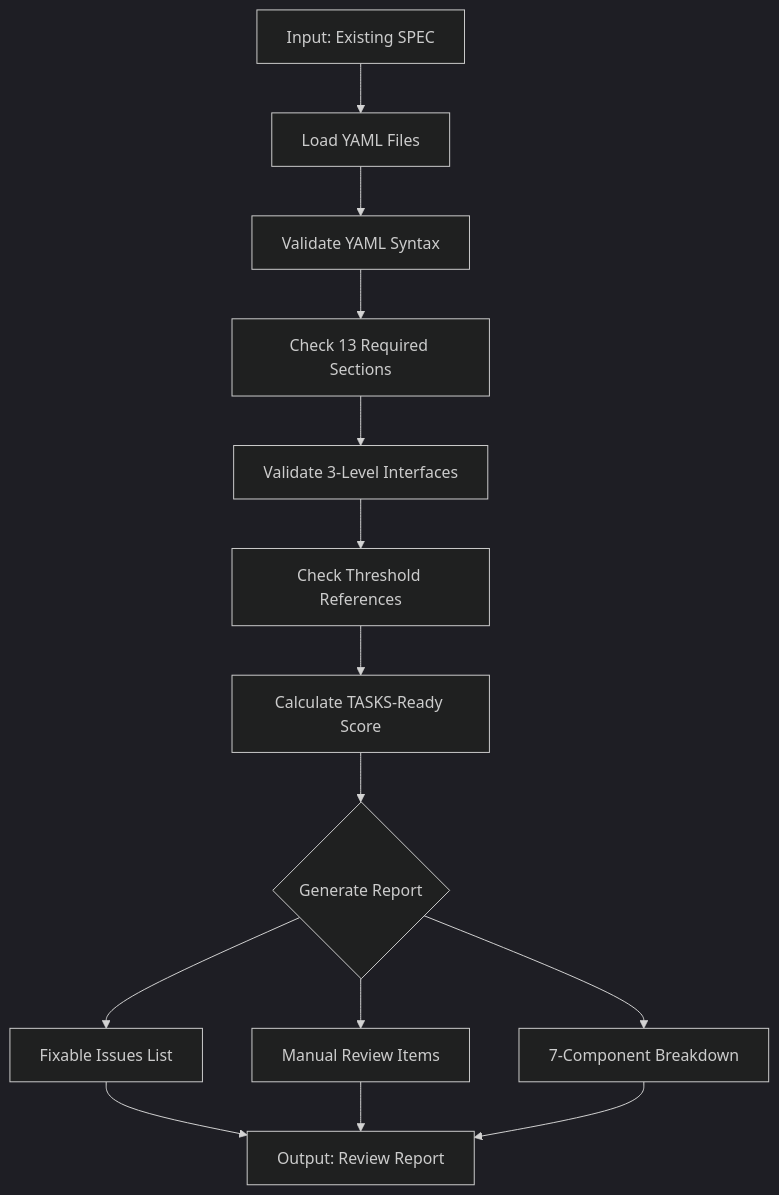
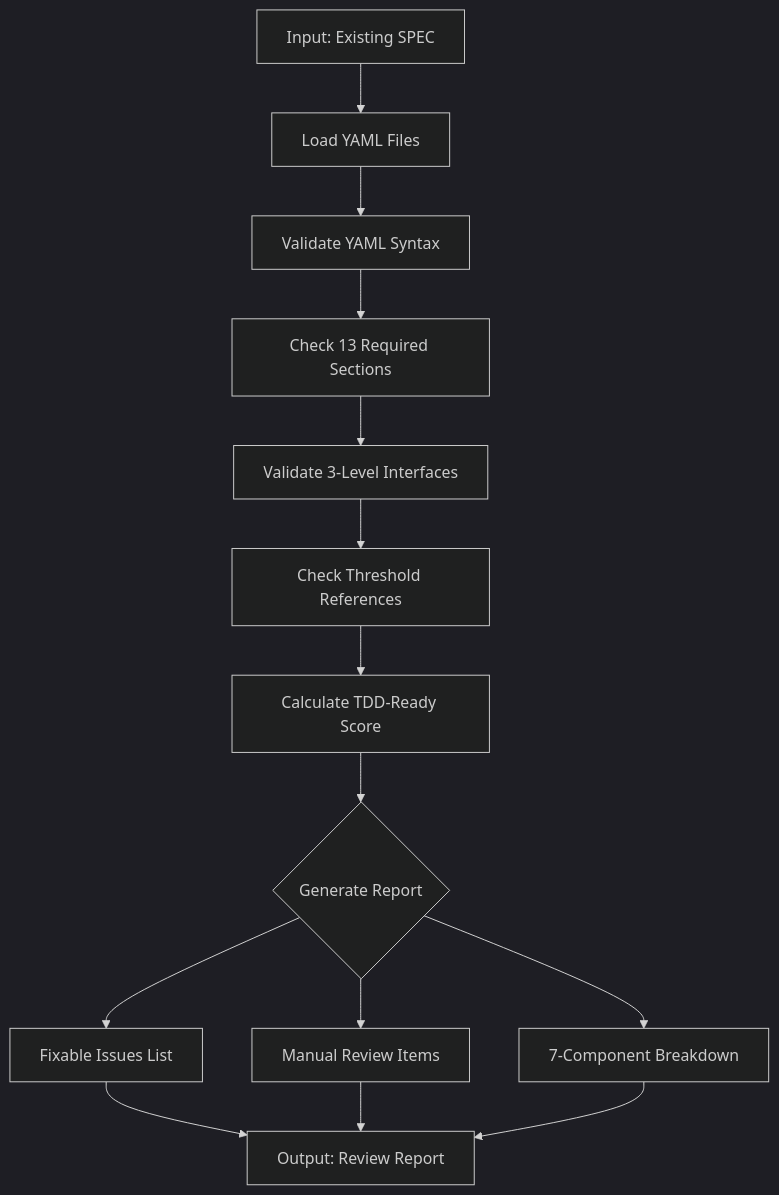
The third of 3 diagrams in platforms/claude-code-plugin/skills/doc-spec-autopilot/SKILL.md (vladm3105/aidoc-flow-framework), drawn with Mermaid (dark theme) before and after one commit. The commit also changed other lines of this file and 36 other files, not shown here.

````diff
--- a/platforms/claude-code-plugin/skills/doc-spec-autopilot/SKILL.md
+++ b/platforms/claude-code-plugin/skills/doc-spec-autopilot/SKILL.md
@@ -750,16 +751,16 @@
 ```mermaid
 flowchart TD
     A[Input: Existing SPEC] --> B[Load YAML Files]
     B --> C[Validate YAML Syntax]
     C --> D[Check 13 Required Sections]
     D --> E[Validate 3-Level Interfaces]
     E --> F[Check Threshold References]
-    F --> G[Calculate TASKS-Ready Score]
+    F --> G[Calculate TDD-Ready Score]
     G --> H{Generate Report}
     H --> I[Fixable Issues List]
     H --> J[Manual Review Items]
     H --> K[7-Component Breakdown]
     I --> L[Output: Review Report]
     J --> L
     K --> L
 ```
````
